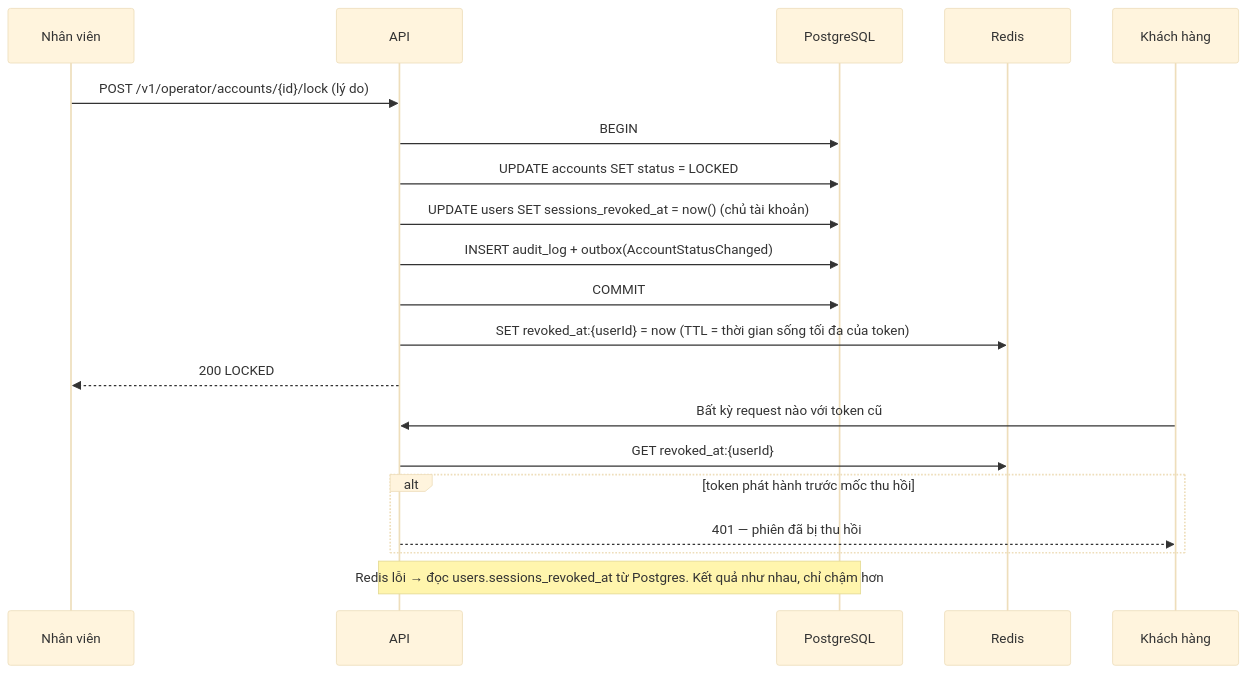
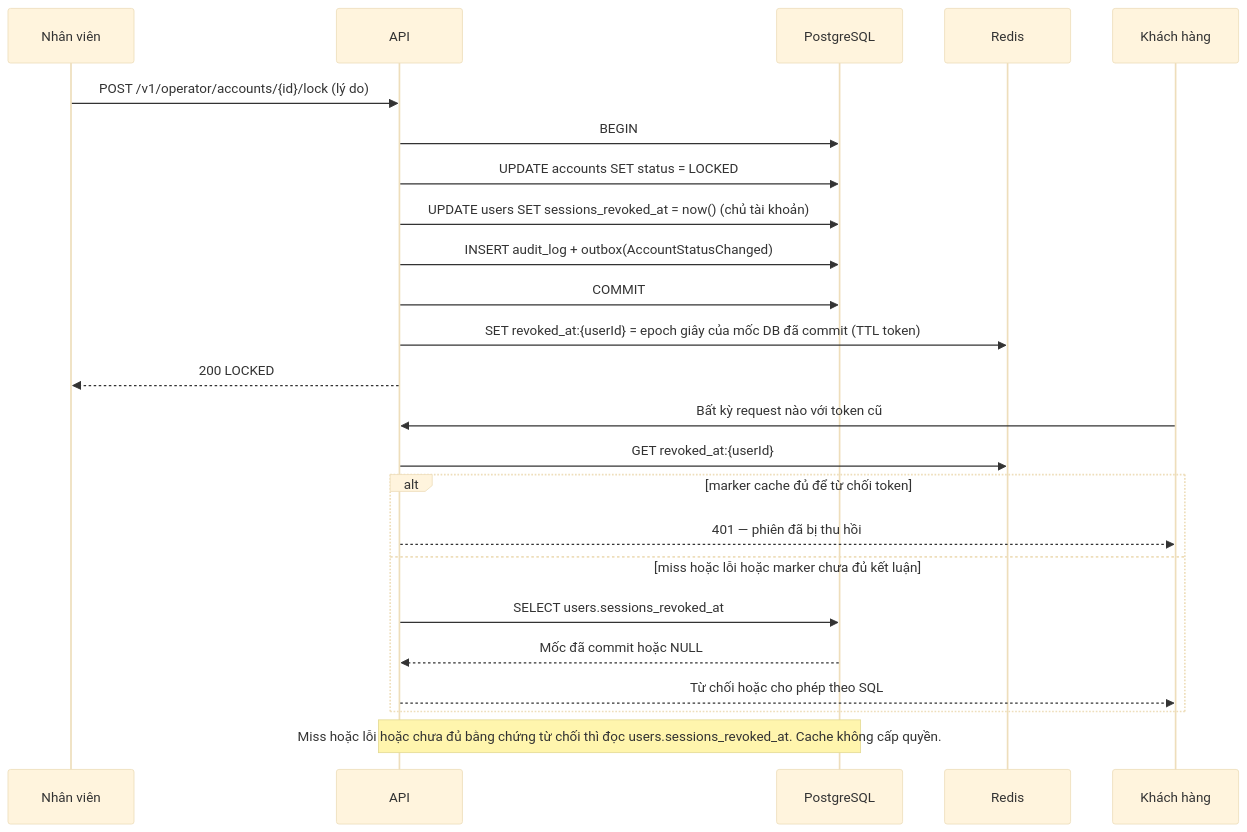
The fifth of 14 diagrams in docs/03_HIGH_LEVEL_ARCHITECTURE.md (Lawliet119/digital-banking-simulator), drawn with Mermaid (base theme) before and after one commit. The commit also changed other lines of this file and 14 other files, not shown here.

````diff
--- a/docs/03_HIGH_LEVEL_ARCHITECTURE.md
+++ b/docs/03_HIGH_LEVEL_ARCHITECTURE.md
@@ -247,23 +247,27 @@
 ```mermaid
 sequenceDiagram
     participant O as Nhân viên
     participant A as API
     participant DB as PostgreSQL
     participant R as Redis
     participant K as Khách hàng
 
     O->>A: POST /v1/operator/accounts/{id}/lock (lý do)
     A->>DB: BEGIN
     A->>DB: UPDATE accounts SET status = LOCKED
     A->>DB: UPDATE users SET sessions_revoked_at = now() (chủ tài khoản)
     A->>DB: INSERT audit_log + outbox(AccountStatusChanged)
     A->>DB: COMMIT
-    A->>R: SET revoked_at:{userId} = now (TTL = thời gian sống tối đa của token)
+    A->>R: SET revoked_at:{userId} = epoch giây của mốc DB đã commit (TTL token)
     A-->>O: 200 LOCKED
     K->>A: Bất kỳ request nào với token cũ
     A->>R: GET revoked_at:{userId}
-    alt token phát hành trước mốc thu hồi
+    alt marker cache đủ để từ chối token
         A-->>K: 401 — phiên đã bị thu hồi
+    else miss hoặc lỗi hoặc marker chưa đủ kết luận
+        A->>DB: SELECT users.sessions_revoked_at
+        DB-->>A: Mốc đã commit hoặc NULL
+        A-->>K: Từ chối hoặc cho phép theo SQL
     end
-    Note over A,DB: Redis lỗi → đọc users.sessions_revoked_at từ Postgres. Kết quả như nhau, chỉ chậm hơn
+    Note over A,DB: Miss hoặc lỗi hoặc chưa đủ bằng chứng từ chối thì đọc users.sessions_revoked_at. Cache không cấp quyền.
 ```
````
